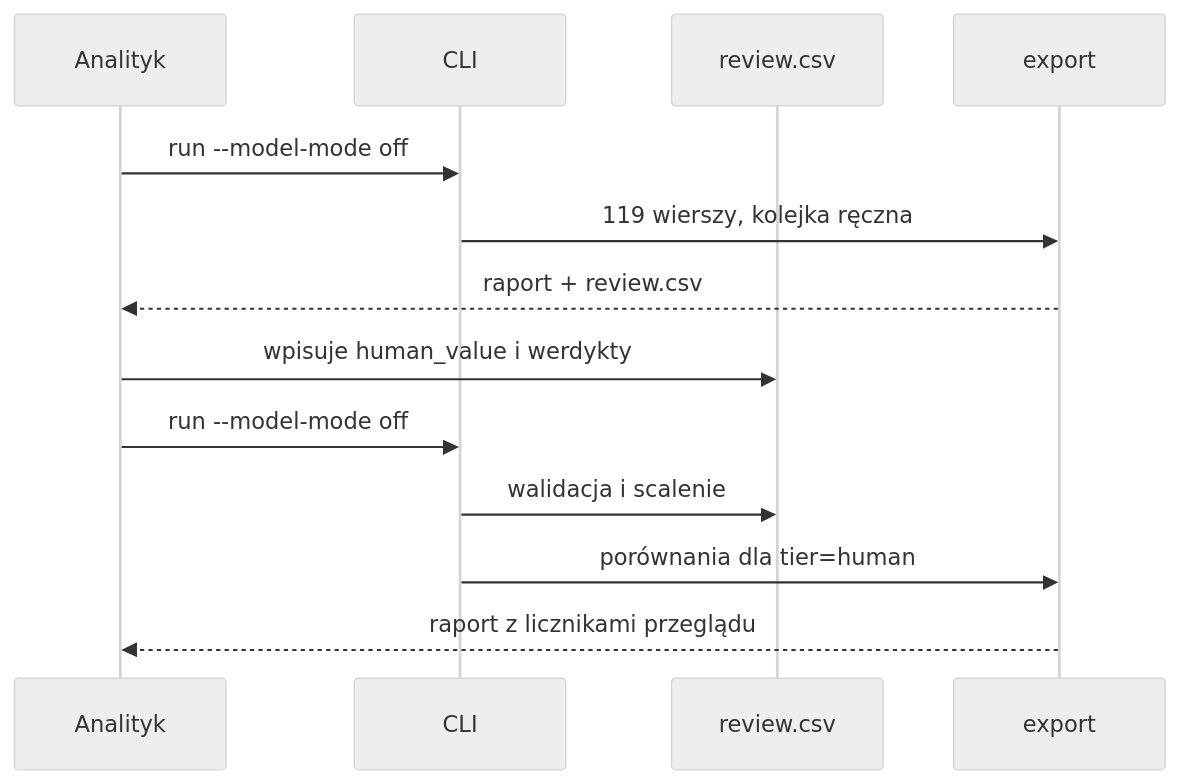
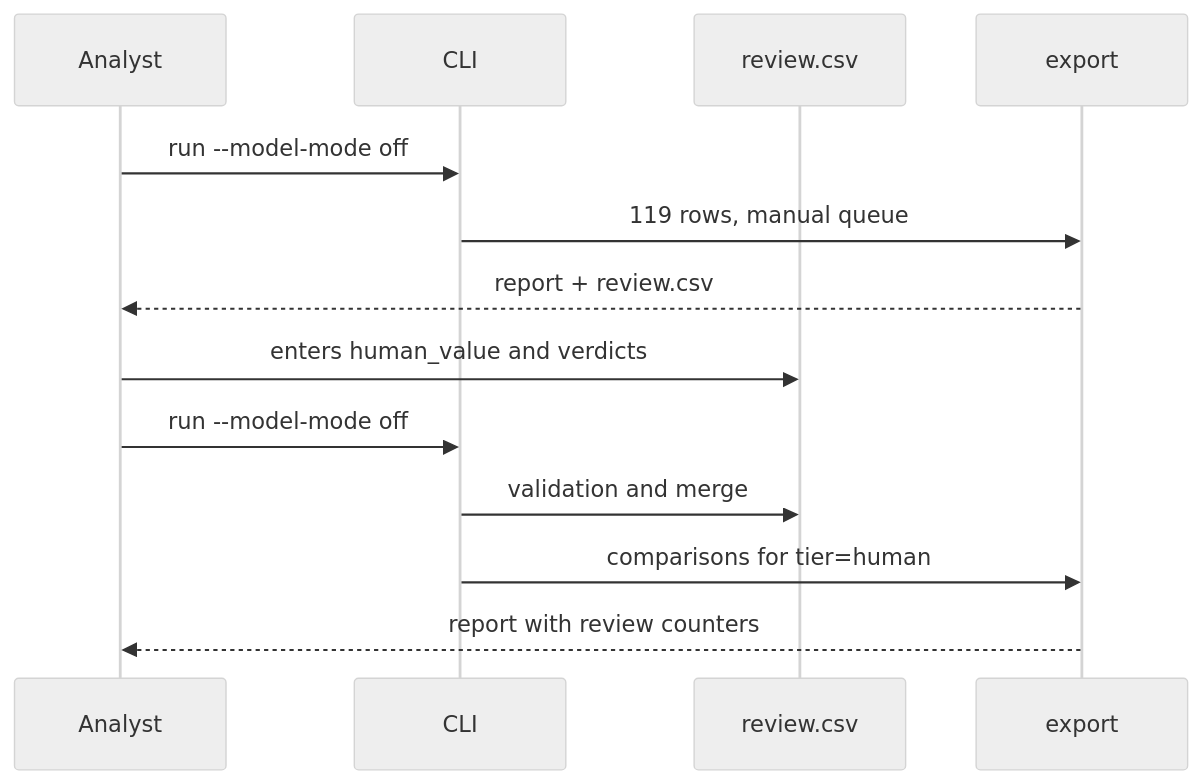
One commit to sosnowskaga/jsystems-claude-codex-gis-2026-11 changed the third of 3 diagrams in docs/ADR/000-main-architecture.md. Above: the diagram before and after it, drawn with Mermaid (neutral theme). The commit also changed other lines of this file and 3 other files, not shown here.

````diff
--- a/docs/ADR/000-main-architecture.md
+++ b/docs/ADR/000-main-architecture.md
@@ -228,15 +228,15 @@
 ```mermaid
 sequenceDiagram
-    participant A as Analityk
+    participant A as Analyst
     participant C as CLI
     participant R as review.csv
     participant X as export
     A->>C: run --model-mode off
-    C->>X: 119 wierszy, kolejka ręczna
-    X-->>A: raport + review.csv
-    A->>R: wpisuje human_value i werdykty
+    C->>X: 119 rows, manual queue
+    X-->>A: report + review.csv
+    A->>R: enters human_value and verdicts
     A->>C: run --model-mode off
-    C->>R: walidacja i scalenie
-    C->>X: porównania dla tier=human
-    X-->>A: raport z licznikami przeglądu
+    C->>R: validation and merge
+    C->>X: comparisons for tier=human
+    X-->>A: report with review counters
 ```
````
